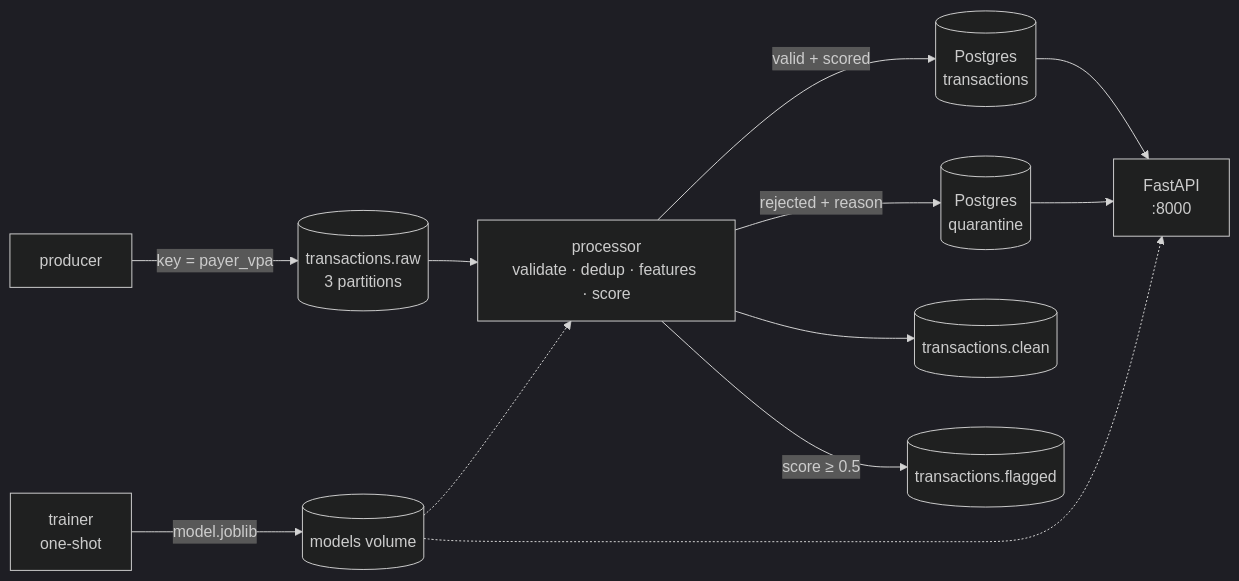
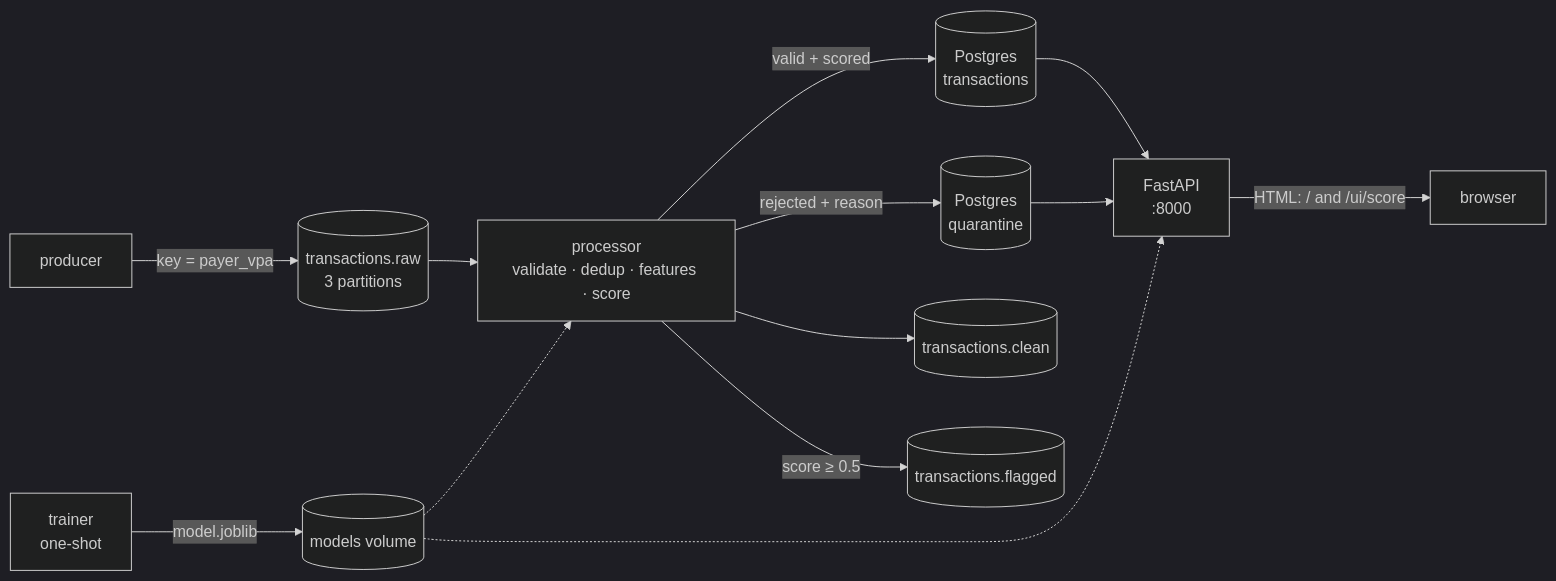
The diagram in LEARNING.md (KARNATI-SREERAM/upi-fraud-pipeline), drawn with Mermaid (dark theme) before and after one commit. The commit also changed other lines of this file and 8 other files, not shown here.

````diff
--- a/LEARNING.md
+++ b/LEARNING.md
@@ -19,14 +19,15 @@
 ```mermaid
 flowchart LR
     T[trainer<br/>one-shot] -->|model.joblib| V[(models volume)]
     P[producer] -->|key = payer_vpa| R[(transactions.raw<br/>3 partitions)]
     R --> PR[processor<br/>validate · dedup · features · score]
     V -.-> PR
     PR -->|valid + scored| TX[(Postgres<br/>transactions)]
     PR -->|rejected + reason| Q[(Postgres<br/>quarantine)]
     PR --> C[(transactions.clean)]
     PR -->|score ≥ 0.5| F[(transactions.flagged)]
     TX --> API[FastAPI<br/>:8000]
     Q --> API
     V -.-> API
+    API -->|HTML: / and /ui/score| B[browser]
 ```
````
